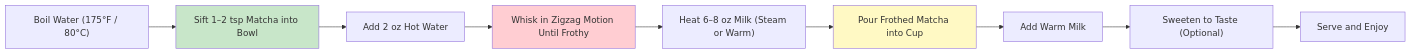
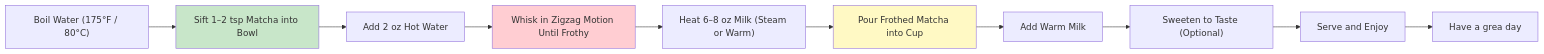
Before and after one commit to akshatha1710/github-mermaid-demo: the diagram in docs/matcha.mmd, drawn with Mermaid.

Commit message:
Add 'Have a great day' step to matcha process

```diff
--- a/docs/matcha.mmd
+++ b/docs/matcha.mmd
@@ -1,13 +1,14 @@
 flowchart LR
     A["Boil Water (175°F / 80°C)"] --> B["Sift 1–2 tsp Matcha into Bowl"]
     B --> C["Add 2 oz Hot Water"]
     C --> D["Whisk in Zigzag Motion Until Frothy"]
     D --> E["Heat 6–8 oz Milk (Steam or Warm)"]
     E --> F["Pour Frothed Matcha into Cup"]
     F --> G["Add Warm Milk"]
     G --> H["Sweeten to Taste (Optional)"]
     H --> I["Serve and Enjoy"]
+    I --> K["Have a grea day"]
 
     style B fill:#C8E6C9
     style D fill:#FFCDD2
     style F fill:#FFF9C4
```
